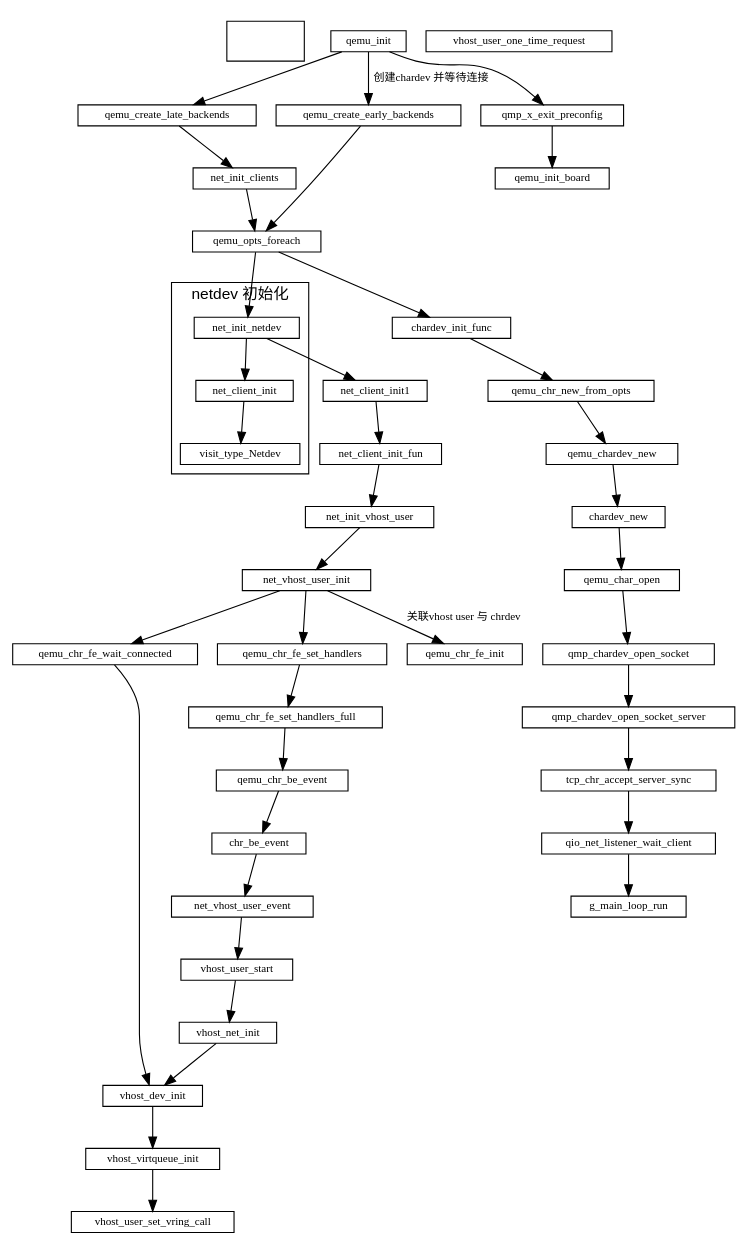
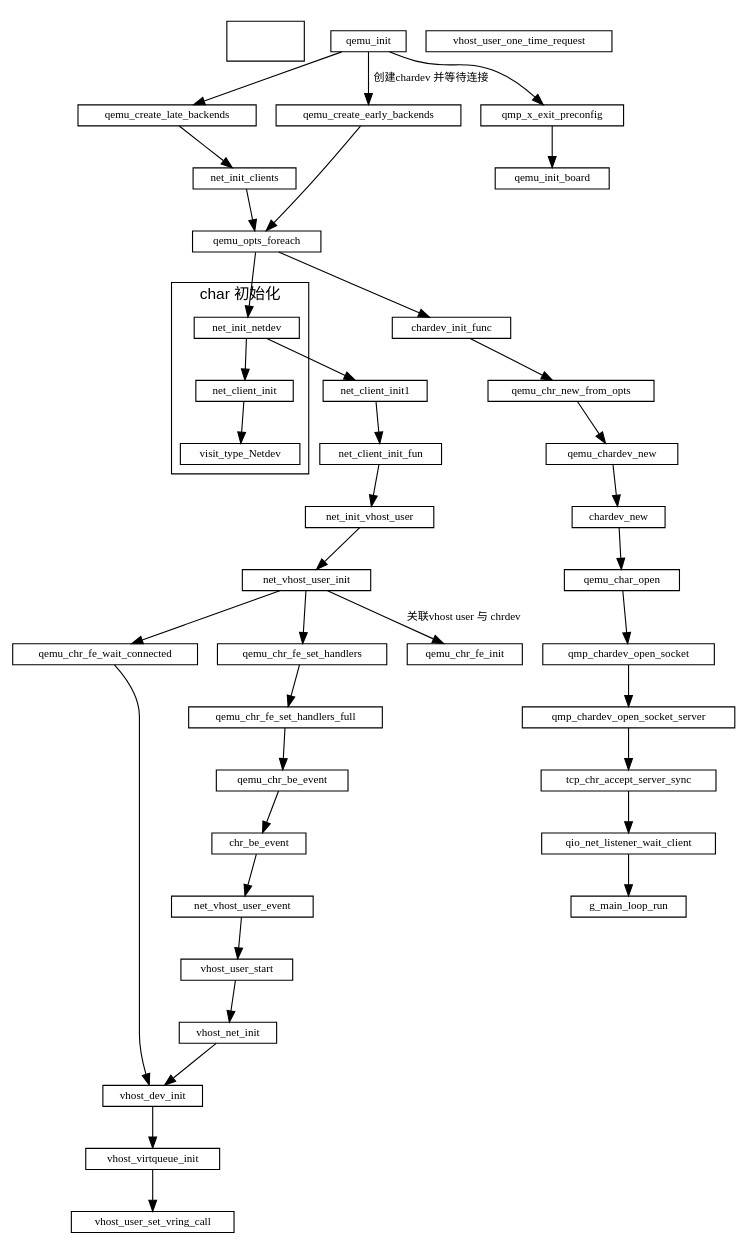
Before and after one commit to sisyphus1212/note: the diagram in qemu/qemu初始化.md, drawn with Graphviz.

Commit message:
auto_update

````diff
--- a/qemu/qemu初始化.md
+++ b/qemu/qemu初始化.md
@@ -11,70 +11,70 @@
 ```graphviz
 digraph {
     fontname="Helvetica,Arial,sans-serif"
     //node [fontname="Helvetica,Arial,sans-serif"]
     //edge [fontname="Helvetica,Arial,sans-serif"]
     //rankdir="LR"
     node [fontsize=10, shape=record, height=0.25]
     edge [fontsize=10]
 
     subgraph  {
         cluster=true
         fd  [style = invis]
     }
 
 
     qemu_init -> qemu_create_late_backends
               -> net_init_clients
               -> qemu_opts_foreach
               -> net_init_netdev
               -> net_client_init1
               -> net_client_init_fun
               -> net_init_vhost_user
               -> net_vhost_user_init
               -> qemu_chr_fe_wait_connected
               -> vhost_dev_init
 
     subgraph netdev_init {
         label="netdev 初始化";
         cluster=true;
         net_init_netdev
         -> net_client_init
         -> visit_type_Netdev
     }
     subgraph netdev_init {
-        label="netdev 初始化";
+        label="char 初始化";
     }
     net_vhost_user_init -> qemu_chr_fe_set_handlers
                         -> qemu_chr_fe_set_handlers_full
                         -> qemu_chr_be_event
                         -> chr_be_event
                         -> net_vhost_user_event
                         -> vhost_user_start
                         -> vhost_net_init
                         -> vhost_dev_init
                         -> vhost_virtqueue_init
                         -> vhost_user_set_vring_call
 
     net_vhost_user_init -> qemu_chr_fe_init[label="关联vhost user 与 chrdev"]
 
     qemu_init -> qemu_create_early_backends[label="创建chardev 并等待连接"] qemu_create_early_backends -> qemu_opts_foreach
                       -> chardev_init_func
                       -> qemu_chr_new_from_opts
                       -> qemu_chardev_new
                       -> chardev_new
                       -> qemu_char_open
                       -> qmp_chardev_open_socket
                       -> qmp_chardev_open_socket_server
                       -> tcp_chr_accept_server_sync
                       -> qio_net_listener_wait_client
                       -> g_main_loop_run
 
     qemu_init -> qmp_x_exit_preconfig -> qemu_init_board // 初始化cpu 内存
 
     vhost_dev_init
 
     net_vhost_user_event
 
     vhost_user_one_time_request
 }
 ```
````
